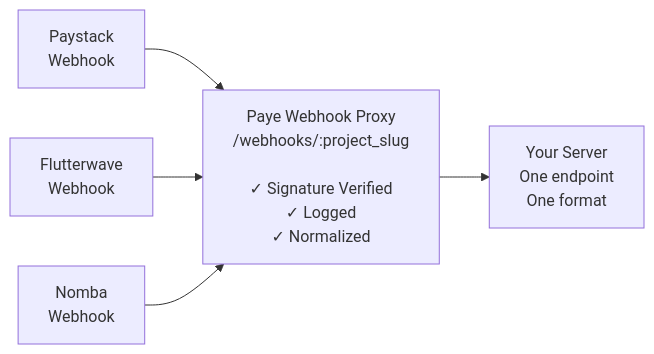
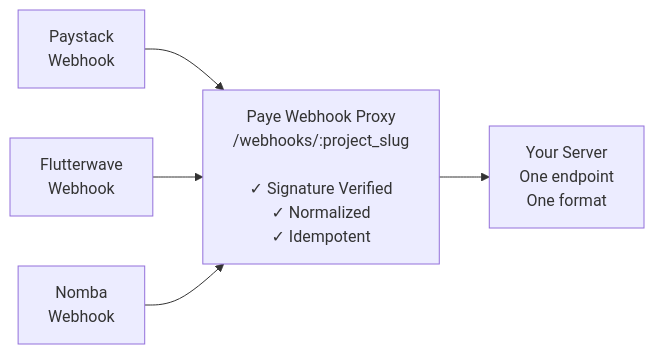
The third of 5 diagrams in README.md (Deniwn22/paye), drawn with Mermaid before and after one commit. The commit also changed other lines of this file, not shown here.

Commit message:
docs: update README with hackathon notice, unified virtual accounts, and verifiable statements flow

````diff
--- a/README.md
+++ b/README.md
@@ -82,15 +88,15 @@
 ```mermaid
 flowchart LR
     PS["Paystack\nWebhook"]
     FW["Flutterwave\nWebhook"]
     NB["Nomba\nWebhook"]
 
-    PROXY["Paye Webhook Proxy\n/webhooks/:project_slug\n\n✓ Signature Verified\n✓ Logged\n✓ Normalized"]
+    PROXY["Paye Webhook Proxy\n/webhooks/:project_slug\n\n✓ Signature Verified\n✓ Normalized\n✓ Idempotent"]
 
     YOUR["Your Server\nOne endpoint\nOne format"]
 
     PS --> PROXY
     FW --> PROXY
     NB --> PROXY
     PROXY --> YOUR
 ```
````
